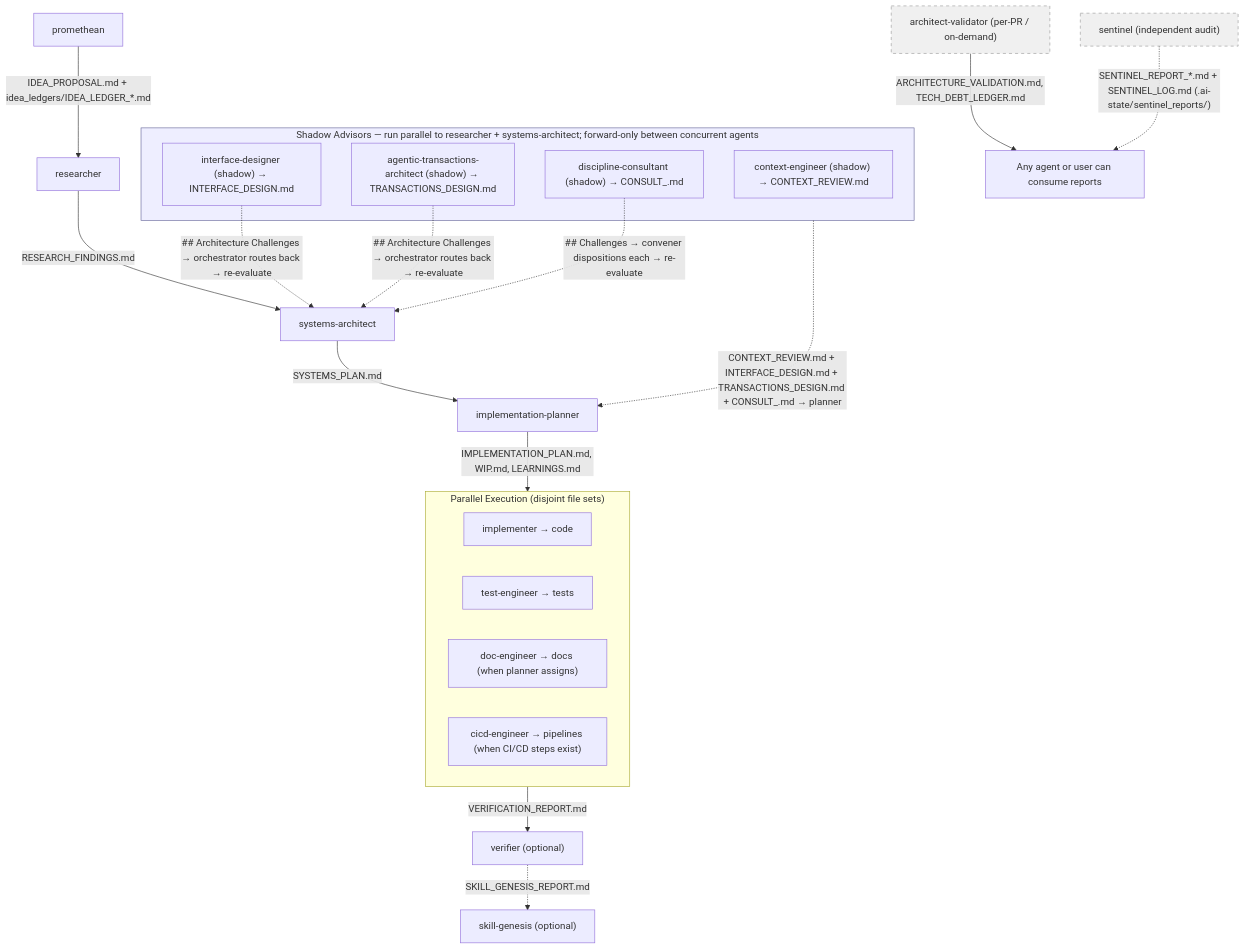
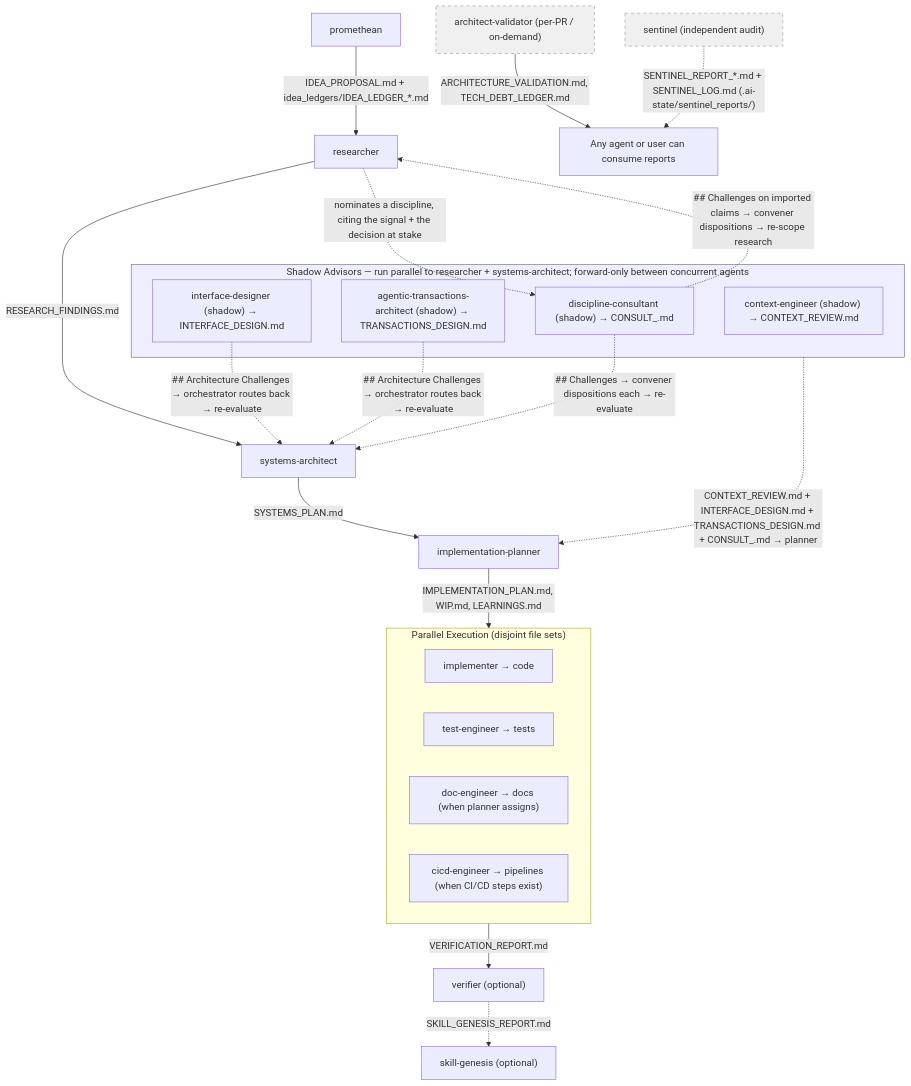
Before and after one commit to francisco-perez-sorrosal/praxion: the diagram in agents/diagrams/agent-pipeline-flowchart/src/agent-pipeline-flowchart.mmd, drawn with Mermaid. The commit also changed 5 other files, not shown here.

First line of the commit message:
feat: attach consultants at research, warrant ideation inputs, persist dispositions

```diff
--- a/agents/diagrams/agent-pipeline-flowchart/src/agent-pipeline-flowchart.mmd
+++ b/agents/diagrams/agent-pipeline-flowchart/src/agent-pipeline-flowchart.mmd
@@ -1,38 +1,40 @@
 flowchart TD
     P["promethean"] -->|"IDEA_PROPOSAL.md + idea_ledgers/IDEA_LEDGER_*.md"| R
 
     R["researcher"] -->|"RESEARCH_FINDINGS.md"| SA
 
     subgraph SHADOW["Shadow Advisors — run parallel to researcher + systems-architect; forward-only between concurrent agents"]
         CE["context-engineer (shadow) → CONTEXT_REVIEW.md"]
         ID["interface-designer (shadow) → INTERFACE_DESIGN.md"]
         TA["agentic-transactions-architect (shadow) → TRANSACTIONS_DESIGN.md"]
         DC["discipline-consultant (shadow) → CONSULT_<discipline>.md"]
     end
     SHADOW -.->|"CONTEXT_REVIEW.md + INTERFACE_DESIGN.md + TRANSACTIONS_DESIGN.md + CONSULT_<discipline>.md → planner"| IP
     ID -.->|"## Architecture Challenges → orchestrator routes back → re-evaluate"| SA
     TA -.->|"## Architecture Challenges → orchestrator routes back → re-evaluate"| SA
     DC -.->|"## Challenges → convener dispositions each → re-evaluate"| SA
+    R -.->|"nominates a discipline, citing the signal + the decision at stake"| DC
+    DC -.->|"## Challenges on imported claims → convener dispositions → re-scope research"| R
 
     SA["systems-architect"] -->|"SYSTEMS_PLAN.md"| IP
 
     IP["implementation-planner"] -->|"IMPLEMENTATION_PLAN.md, WIP.md, LEARNINGS.md"| EX
 
     subgraph EX["Parallel Execution (disjoint file sets)"]
         I["implementer → code"]
         TE["test-engineer → tests"]
         DE["doc-engineer → docs (when planner assigns)"]
         CI["cicd-engineer → pipelines (when CI/CD steps exist)"]
     end
 
     EX -->|"VERIFICATION_REPORT.md"| V["verifier (optional)"]
     V -.->|"SKILL_GENESIS_REPORT.md"| SG["skill-genesis (optional)"]
 
     AV["architect-validator (per-PR / on-demand)"] -->|"ARCHITECTURE_VALIDATION.md, TECH_DEBT_LEDGER.md"| ANY
 
     SE["sentinel (independent audit)"]
     SE -.->|"SENTINEL_REPORT_*.md + SENTINEL_LOG.md (.ai-state/sentinel_reports/)"| ANY["Any agent or user can consume reports"]
 
     style SE fill:#f0f0f0,stroke:#999,stroke-dasharray: 5 5
     style AV fill:#f0f0f0,stroke:#999,stroke-dasharray: 5 5
     style SHADOW fill:#eef,stroke:#669
```
